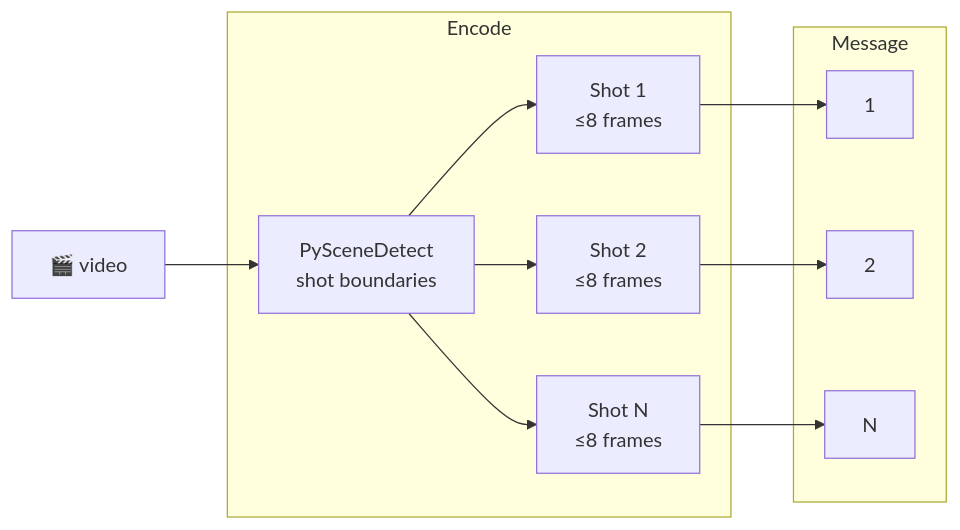
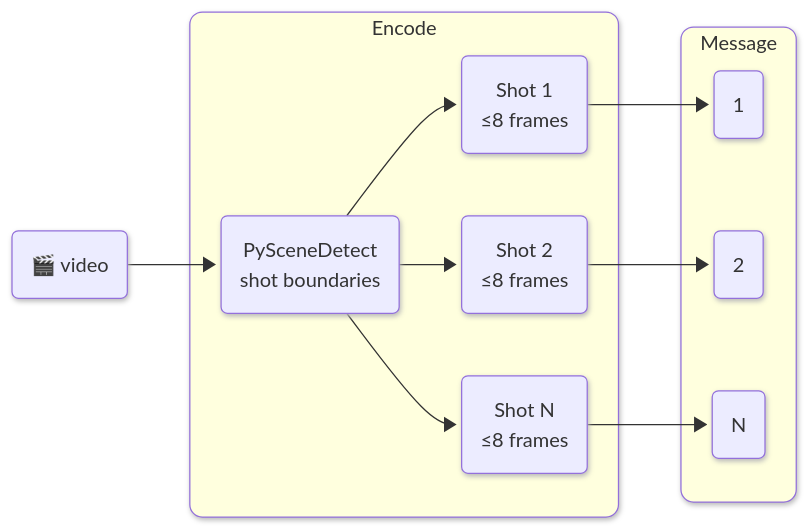
Before and after one commit to vlm-run/mm: the seventh of 17 diagrams in docs/ENCODERS.md, drawn with Mermaid. The commit also changed other lines of this file and 1 other file, not shown here.

````diff
--- a/docs/ENCODERS.md
+++ b/docs/ENCODERS.md
@@ -172,22 +190,25 @@
 ```mermaid
+%%{init: {'look': 'neo'} }%%
 graph LR
-  video["🎬 video"]
+  video("🎬 video")
 
   subgraph encode ["Encode"]
-    detect["PySceneDetect\nshot boundaries"]
-    s1["Shot 1\n≤8 frames"]
-    s2["Shot 2\n≤8 frames"]
-    s3["Shot N\n≤8 frames"]
+    detect("PySceneDetect\nshot boundaries")
+    s1("Shot 1\n≤8 frames")
+    s2("Shot 2\n≤8 frames")
+    s3("Shot N\n≤8 frames")
   end
 
   subgraph message ["Message"]
-    m1["1"]
-    m2["2"]
-    m3["N"]
+    m1("1")
+    m2("2")
+    m3("N")
   end
 
   video --> detect
   detect --> s1 --> m1
   detect --> s2 --> m2
   detect --> s3 --> m3
+  style encode rx:10px,ry:10px
+  style message rx:10px,ry:10px
 ```
````
